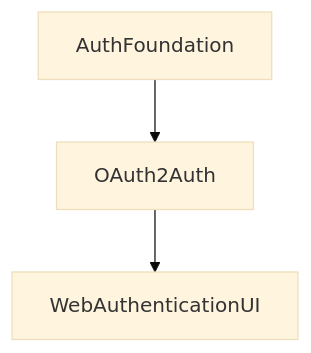
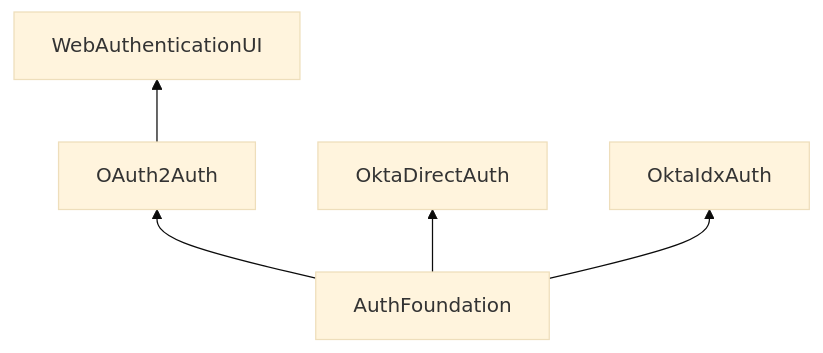
One commit to okta/okta-mobile-swift changed the diagram in README.md. Above: the diagram before and after it, drawn with Mermaid (base theme). The commit also changed other lines of this file and 7 other files, not shown here.

````diff
--- a/README.md
+++ b/README.md
@@ -46,5 +46,7 @@
 ```mermaid
-  graph TD;
-    AuthFoundation-->OAuth2Auth;
-    OAuth2Auth-->WebAuthenticationUI;
+graph BT;
+  AuthFoundation-->OAuth2Auth;
+  AuthFoundation-->OktaDirectAuth;
+  AuthFoundation-->OktaIdxAuth;
+  OAuth2Auth-->WebAuthenticationUI;
 ```
````
